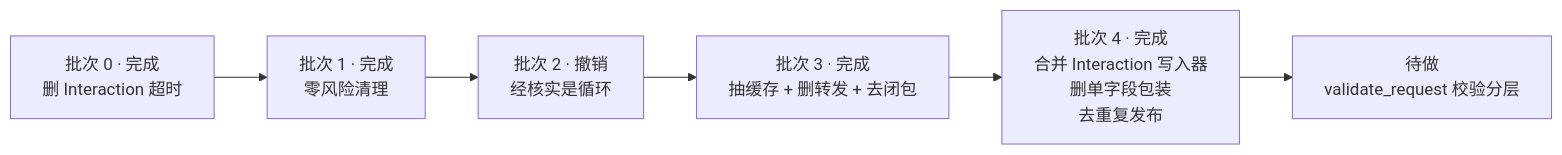
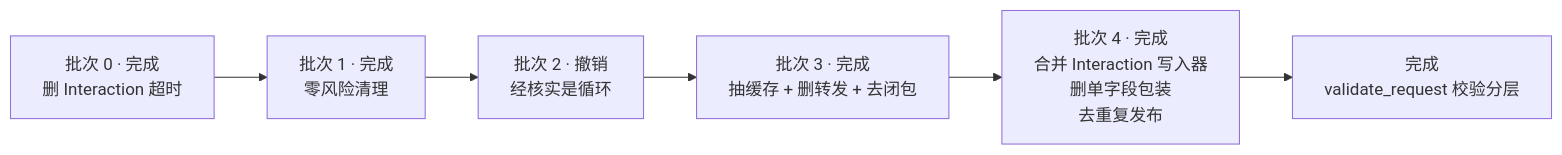
One commit to genesiscosmos/downcity changed the diagram in docs/session-layer-cleanup-plan.md. Above: the diagram before and after it, drawn with Mermaid. The commit also changed other lines of this file and 1 other file, not shown here.

````diff
--- a/docs/session-layer-cleanup-plan.md
+++ b/docs/session-layer-cleanup-plan.md
@@ -343,8 +338,8 @@
 ```mermaid
 flowchart LR
     A[批次 0 · 完成<br/>删 Interaction 超时] --> B[批次 1 · 完成<br/>零风险清理]
     B --> C[批次 2 · 撤销<br/>经核实是循环]
     C --> D[批次 3 · 完成<br/>抽缓存 + 删转发 + 去闭包]
     D --> E[批次 4 · 完成<br/>合并 Interaction 写入器<br/>删单字段包装<br/>去重复发布]
-    E --> F[待做<br/>validate_request 校验分层]
+    E --> F[完成<br/>validate_request 校验分层]
 ```
````
